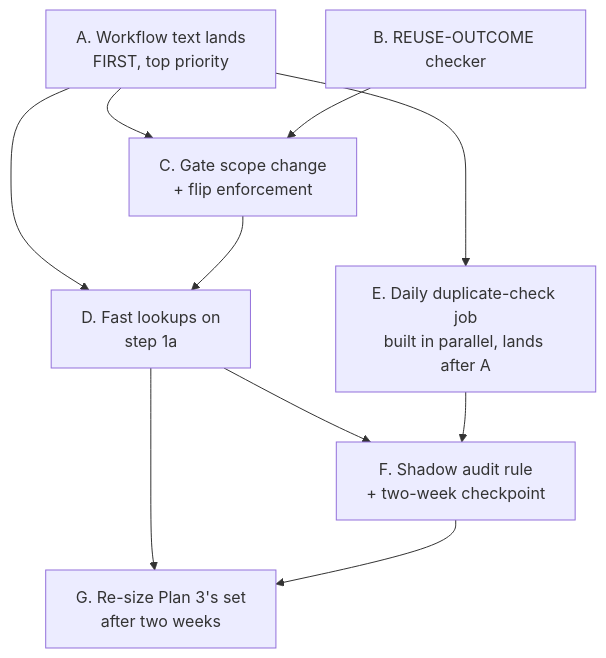
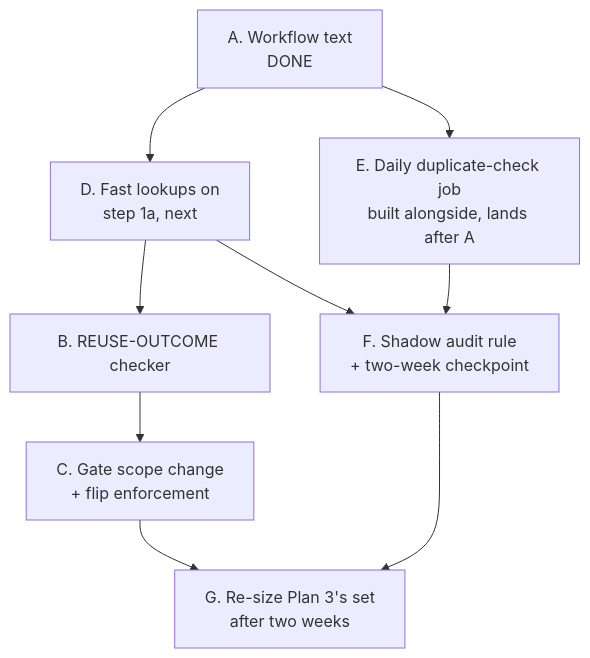
The second of 2 diagrams in src/rnd/v0.2.2/2026.09.30-wiki-and-jev-for-code-reuse-review/2026.10.24-reuse-detection-remediation-plan.md (deepily/lupin), drawn with Mermaid before and after one commit. The commit also changed other lines of this file, not shown here.

Commit message:
[LUPIN] Plan 3 section 12.2: order A (done) to D to B to C to F to G with E alongside, per Rick's 18:13 ruling, plus the measured reason (314 complete full-route receipts to 20 Oct, 16 stopped at 9,000 since 26 Oct); plan text only (rows 696ea5f8, 2f6b83a1)

````diff
--- a/src/rnd/v0.2.2/2026.09.30-wiki-and-jev-for-code-reuse-review/2026.10.24-reuse-detection-remediation-plan.md
+++ b/src/rnd/v0.2.2/2026.09.30-wiki-and-jev-for-code-reuse-review/2026.10.24-reuse-detection-remediation-plan.md
@@ -803,12 +805,11 @@
 ```mermaid
 flowchart TD
-    A[A. Workflow text lands<br/>FIRST, top priority] --> C
-    B[B. REUSE-OUTCOME checker] --> C[C. Gate scope change<br/>+ flip enforcement]
-    A --> D[D. Fast lookups on<br/>step 1a]
-    C --> D
+    A[A. Workflow text<br/>DONE] --> D[D. Fast lookups on<br/>step 1a, next]
+    D --> B[B. REUSE-OUTCOME checker]
+    B --> C[C. Gate scope change<br/>+ flip enforcement]
+    A --> E[E. Daily duplicate-check job<br/>built alongside, lands after A]
     D --> F[F. Shadow audit rule<br/>+ two-week checkpoint]
-    A --> E[E. Daily duplicate-check job<br/>built in parallel, lands after A]
     E --> F
-    D --> G[G. Re-size Plan 3's set<br/>after two weeks]
+    C --> G[G. Re-size Plan 3's set<br/>after two weeks]
     F --> G
 ```
````
